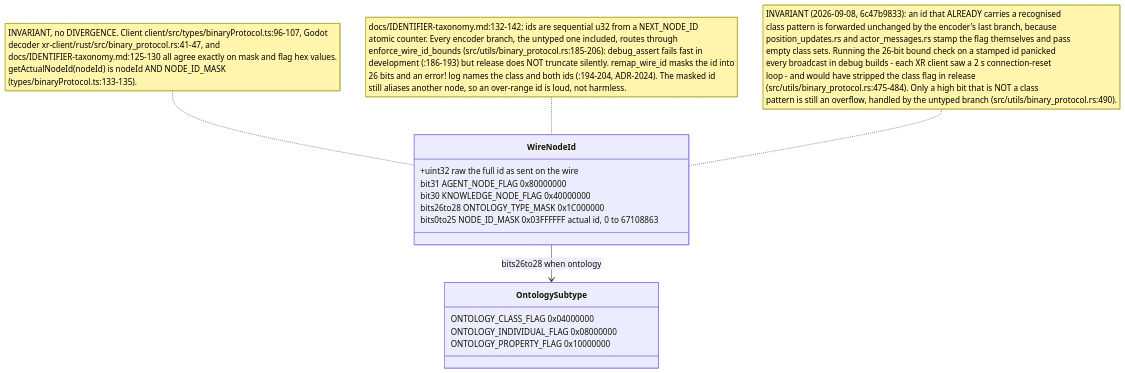
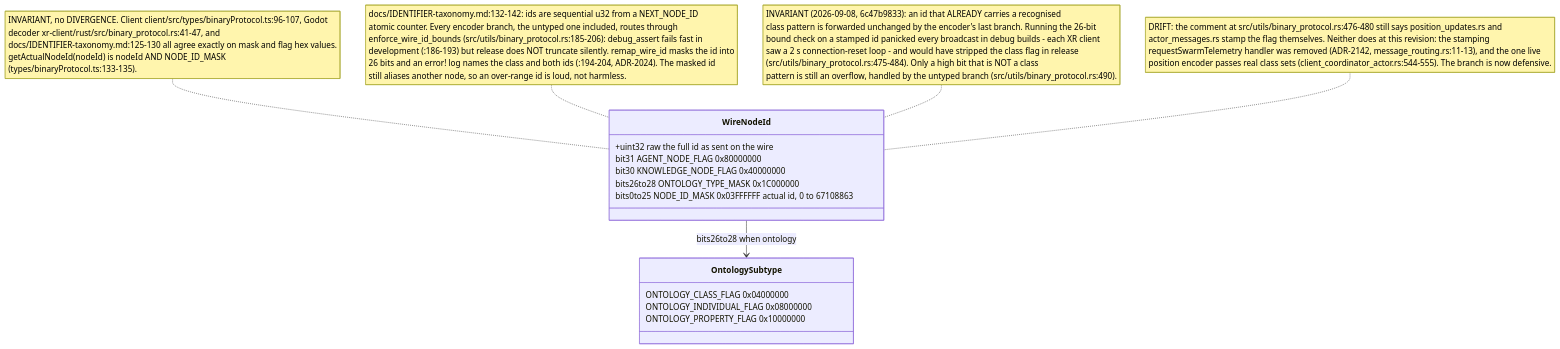
Before and after one commit to DreamLab-AI/VisionFlow: the sixth of 14 diagrams in docs/diagrams/visionclaw/32-client-websocket-and-binary.md, drawn with Mermaid. The commit also changed other lines of this file and 173 other files, not shown here.

````diff
--- a/docs/diagrams/visionclaw/32-client-websocket-and-binary.md
+++ b/docs/diagrams/visionclaw/32-client-websocket-and-binary.md
@@ -292,19 +297,20 @@
 ```mermaid
 classDiagram
     class WireNodeId {
       +uint32 raw  the full id as sent on the wire
       bit31 AGENT_NODE_FLAG 0x80000000
       bit30 KNOWLEDGE_NODE_FLAG 0x40000000
       bits26to28 ONTOLOGY_TYPE_MASK 0x1C000000
       bits0to25 NODE_ID_MASK 0x03FFFFFF  actual id, 0 to 67108863
     }
     class OntologySubtype {
       ONTOLOGY_CLASS_FLAG 0x04000000
       ONTOLOGY_INDIVIDUAL_FLAG 0x08000000
       ONTOLOGY_PROPERTY_FLAG 0x10000000
     }
     WireNodeId --> OntologySubtype : bits26to28 when ontology
     note for WireNodeId "INVARIANT, no DIVERGENCE. Client client/src/types/binaryProtocol.ts:96-107, Godot<br/>decoder xr-client/rust/src/binary_protocol.rs:41-47, and<br/>docs/IDENTIFIER-taxonomy.md:125-130 all agree exactly on mask and flag hex values.<br/>getActualNodeId(nodeId) is nodeId AND NODE_ID_MASK<br/>(types/binaryProtocol.ts:133-135)."
     note for WireNodeId "docs/IDENTIFIER-taxonomy.md:132-142: ids are sequential u32 from a NEXT_NODE_ID<br/>atomic counter. Every encoder branch, the untyped one included, routes through<br/>enforce_wire_id_bounds (src/utils/binary_protocol.rs:185-206): debug_assert fails fast in<br/>development (:186-193) but release does NOT truncate silently. remap_wire_id masks the id into<br/>26 bits and an error! log names the class and both ids (:194-204, ADR-2024). The masked id<br/>still aliases another node, so an over-range id is loud, not harmless."
-    note for WireNodeId "INVARIANT (2026-09-08, 6c47b9833): an id that ALREADY carries a recognised<br/>class pattern is forwarded unchanged by the encoder's last branch, because<br/>position_updates.rs and actor_messages.rs stamp the flag themselves and pass<br/>empty class sets. Running the 26-bit bound check on a stamped id panicked<br/>every broadcast in debug builds - each XR client saw a 2 s connection-reset<br/>loop - and would have stripped the class flag in release<br/>(src/utils/binary_protocol.rs:475-484). Only a high bit that is NOT a class<br/>pattern is still an overflow, handled by the untyped branch (src/utils/binary_protocol.rs:490)."
+    note for WireNodeId "INVARIANT (2026-09-08, 6c47b9833): an id that ALREADY carries a recognised<br/>class pattern is forwarded unchanged by the encoder's last branch. Running the 26-bit<br/>bound check on a stamped id panicked every broadcast in debug builds - each XR client<br/>saw a 2 s connection-reset loop - and would have stripped the class flag in release<br/>(src/utils/binary_protocol.rs:475-484). Only a high bit that is NOT a class<br/>pattern is still an overflow, handled by the untyped branch (src/utils/binary_protocol.rs:490)."
+    note for WireNodeId "DRIFT: the comment at src/utils/binary_protocol.rs:476-480 still says position_updates.rs and<br/>actor_messages.rs stamp the flag themselves. Neither does at this revision: the stamping<br/>requestSwarmTelemetry handler was removed (ADR-2142, message_routing.rs:11-13), and the one live<br/>position encoder passes real class sets (client_coordinator_actor.rs:544-555). The branch is now defensive."
 ```
````
